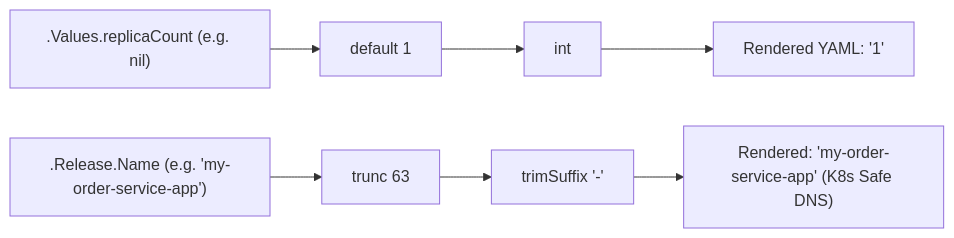
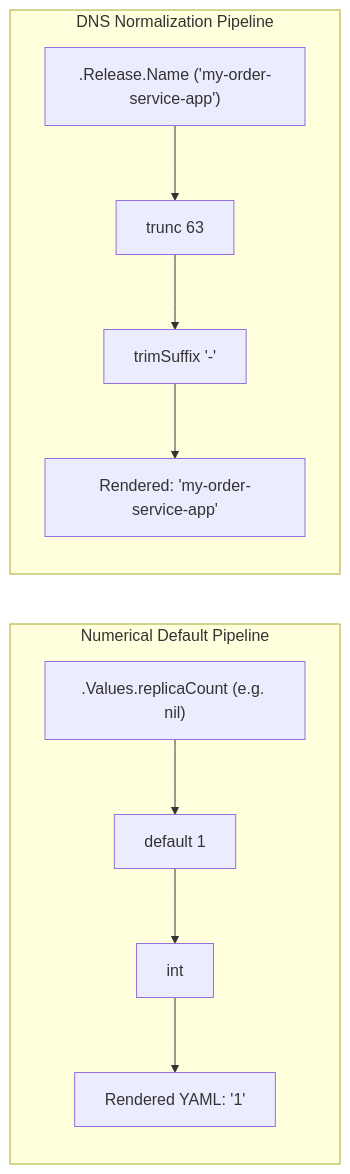
Before and after one commit to manojkumar-nt/tech-21-interview-handbook: the diagram in books/helm/03-go-template-engine-and-pipelines.md, drawn with Mermaid. The commit also changed other lines of this file and 11 other files, not shown here.

````diff
--- a/books/helm/03-go-template-engine-and-pipelines.md
+++ b/books/helm/03-go-template-engine-and-pipelines.md
@@ -35,10 +33,14 @@
 ```mermaid
-flowchart LR
-    InputVal[".Values.replicaCount (e.g. nil)"] --> Pipe1["default 1"]
-    Pipe1 --> Pipe2["int"]
-    Pipe2 --> OutputResult["Rendered YAML: '1'"]
+graph LR
+    subgraph ValuePipeline ["Numerical Default Pipeline"]
+        InputVal[".Values.replicaCount (e.g. nil)"] --> Pipe1["default 1"]
+        Pipe1 --> Pipe2["int"]
+        Pipe2 --> OutputResult["Rendered YAML: '1'"]
+    end
 
-    RawName[".Release.Name (e.g. 'my-order-service-app')"] --> Trunc["trunc 63"]
-    Trunc --> Trim["trimSuffix '-'"]
-    Trim --> SafeName["Rendered: 'my-order-service-app' (K8s Safe DNS)"]
+    subgraph StringPipeline ["DNS Normalization Pipeline"]
+        RawName[".Release.Name ('my-order-service-app')"] --> Trunc["trunc 63"]
+        Trunc --> Trim["trimSuffix '-'"]
+        Trim --> SafeName["Rendered: 'my-order-service-app'"]
+    end
 ```
````
